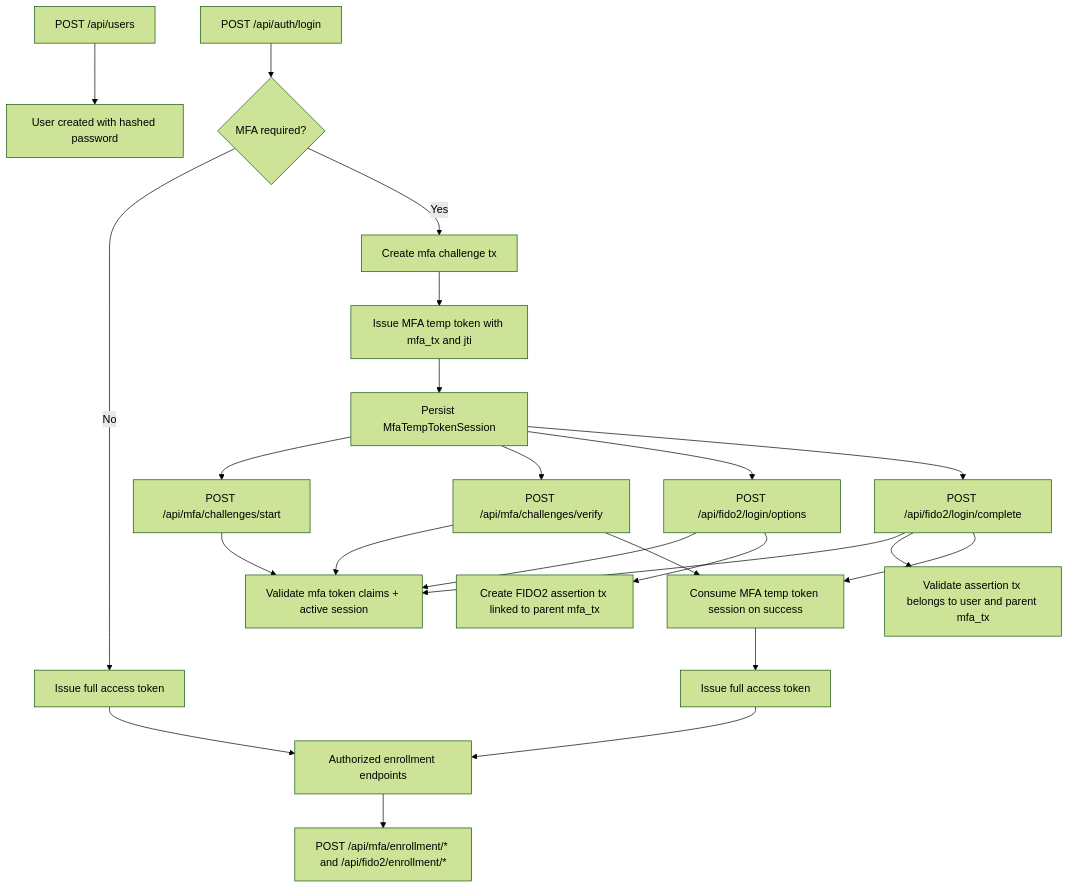
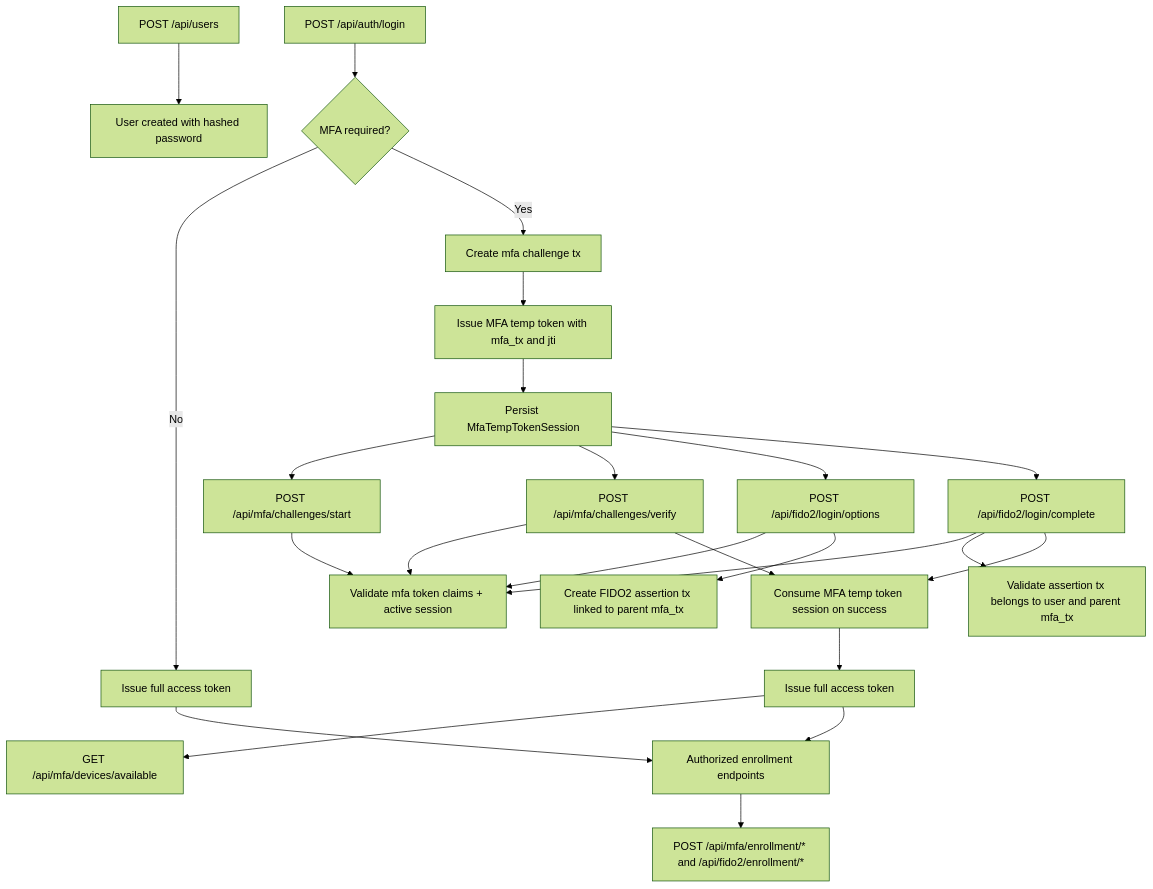
One commit to davidrosas0192-cmd/Authentication.MFA changed the diagram in Docs/MFA_FIDO2_EXECUTION_PLAN.md. Above: the diagram before and after it, drawn with Mermaid (forest theme). The commit also changed other lines of this file and 16 other files, not shown here.

````diff
--- a/Docs/MFA_FIDO2_EXECUTION_PLAN.md
+++ b/Docs/MFA_FIDO2_EXECUTION_PLAN.md
@@ -24,32 +25,33 @@
 ```mermaid
 flowchart TD
     A[POST /api/users] --> B[User created with hashed password]
 
     C[POST /api/auth/login] --> D{MFA required?}
     D -- No --> E[Issue full access token]
     D -- Yes --> F[Create mfa challenge tx]
     F --> G[Issue MFA temp token with mfa_tx and jti]
     G --> H[Persist MfaTempTokenSession]
 
     H --> I[POST /api/mfa/challenges/start]
     H --> J[POST /api/mfa/challenges/verify]
     H --> K[POST /api/fido2/login/options]
     H --> L[POST /api/fido2/login/complete]
 
     I --> M[Validate mfa token claims + active session]
     J --> M
     K --> M
     L --> M
 
     K --> N[Create FIDO2 assertion tx linked to parent mfa_tx]
     L --> O[Validate assertion tx belongs to user and parent mfa_tx]
 
     J --> P[Consume MFA temp token session on success]
     L --> P
 
     P --> Q[Issue full access token]
+    Q --> T[GET /api/mfa/devices/available]
 
     E --> R[Authorized enrollment endpoints]
     Q --> R
     R --> S[POST /api/mfa/enrollment/* and /api/fido2/enrollment/*]
 ```
````
